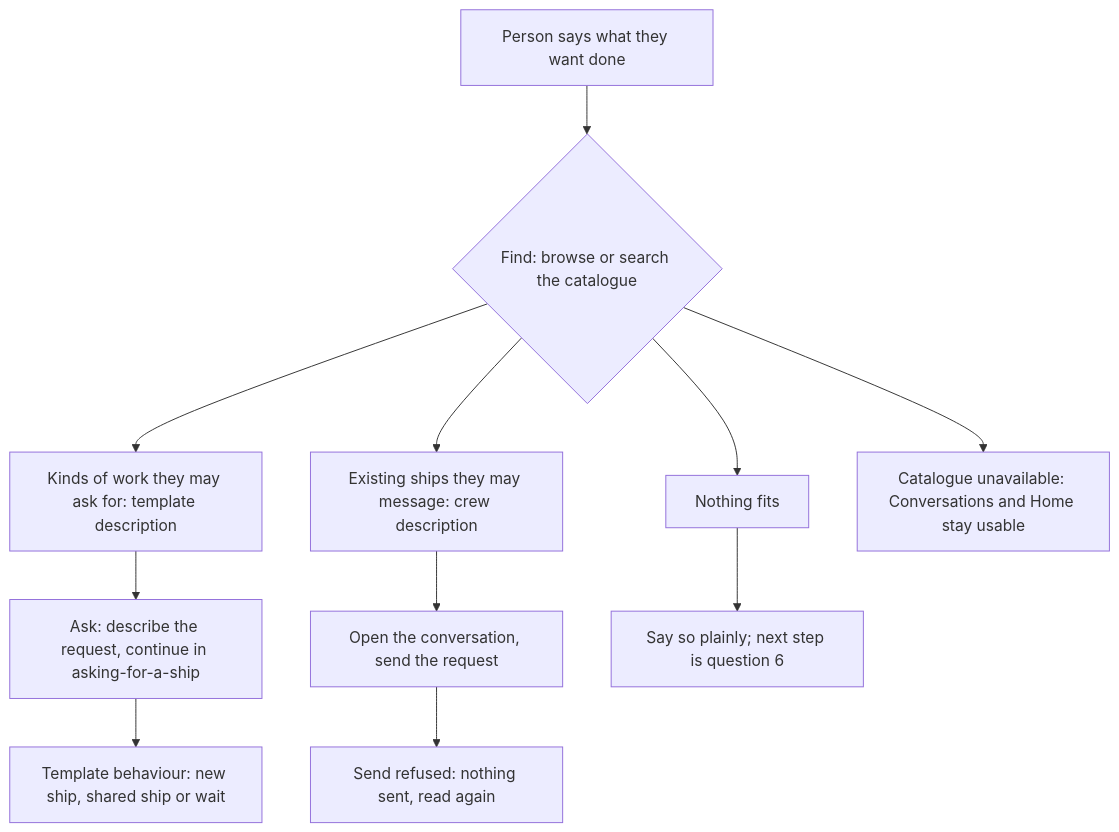
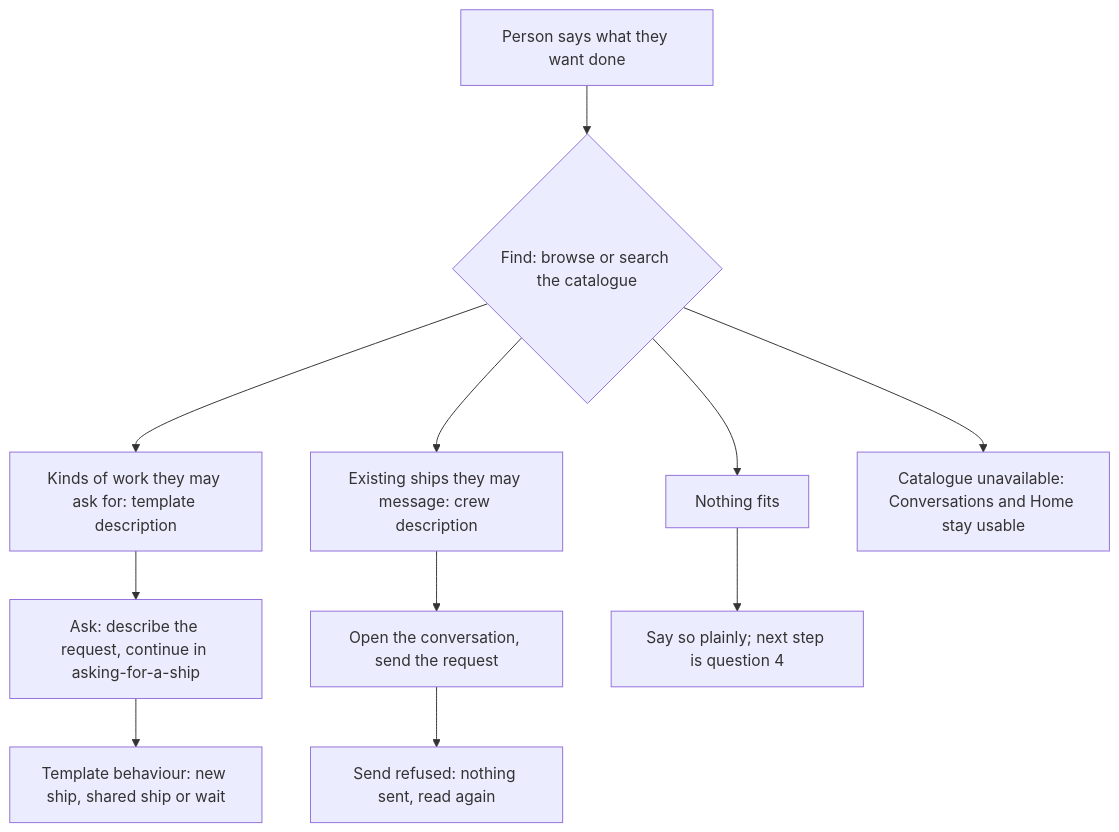
Before and after one commit to ThomasHendrickx/aeolus-fleet: the diagram in docs/design/person-ship-reads/job-catalogue.md, drawn with Mermaid. The commit also changed other lines of this file, not shown here.

````diff
--- a/docs/design/person-ship-reads/job-catalogue.md
+++ b/docs/design/person-ship-reads/job-catalogue.md
@@ -36,13 +36,13 @@
 ```mermaid
 flowchart TD
     A[Person says what they want done] --> B{Find: browse or search the catalogue}
     B --> T[Kinds of work they may ask for: template description]
     B --> S[Existing ships they may message: crew description]
     B --> N[Nothing fits]
     T --> TA[Ask: describe the request, continue in asking-for-a-ship]
     TA --> TB[Template behaviour: new ship, shared ship or wait]
     S --> SA[Open the conversation, send the request]
     SA --> SR[Send refused: nothing sent, read again]
-    N --> NB[Say so plainly; next step is question 6]
+    N --> NB[Say so plainly; next step is question 4]
     B --> F[Catalogue unavailable: Conversations and Home stay usable]
 ```
````
